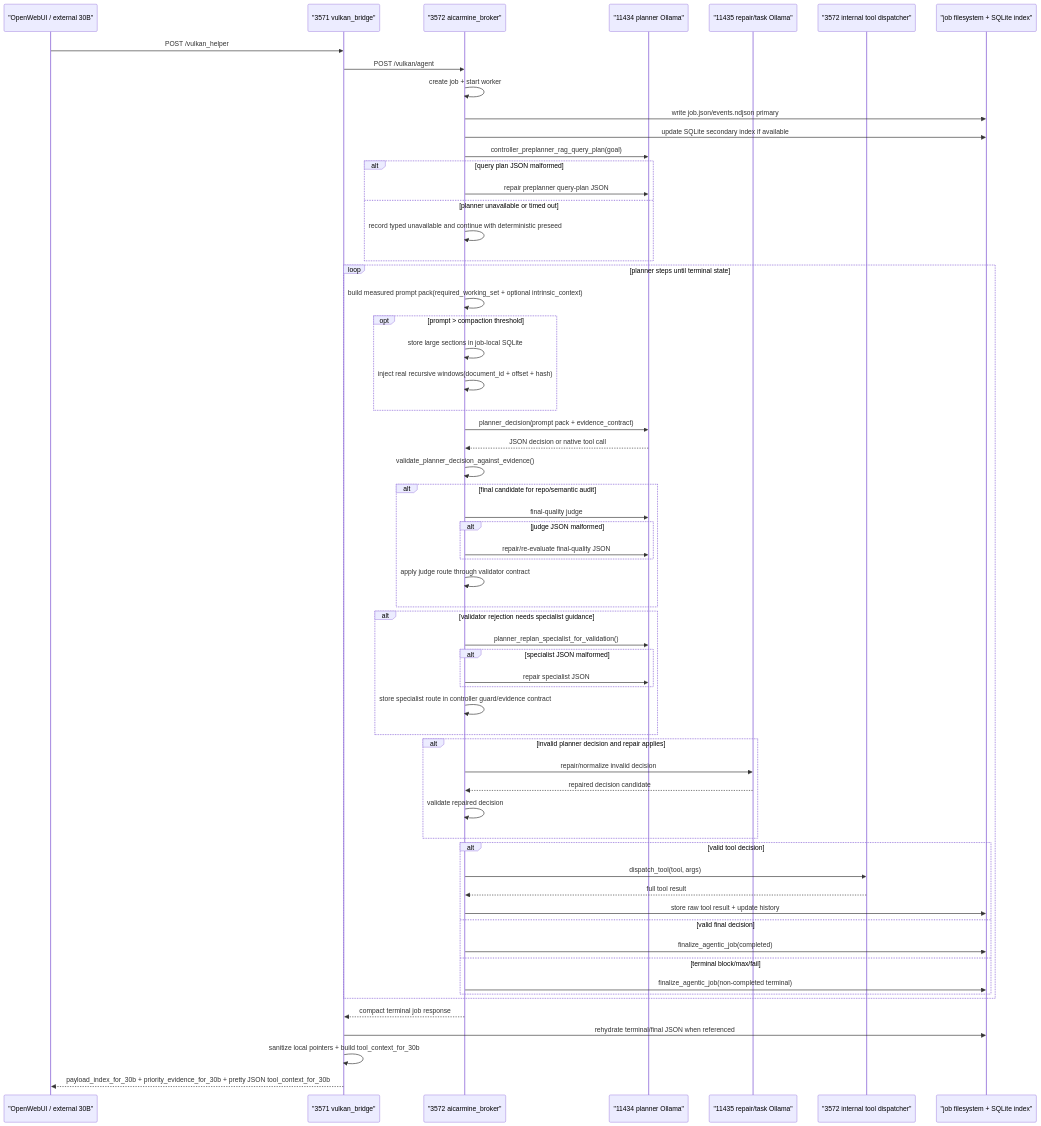
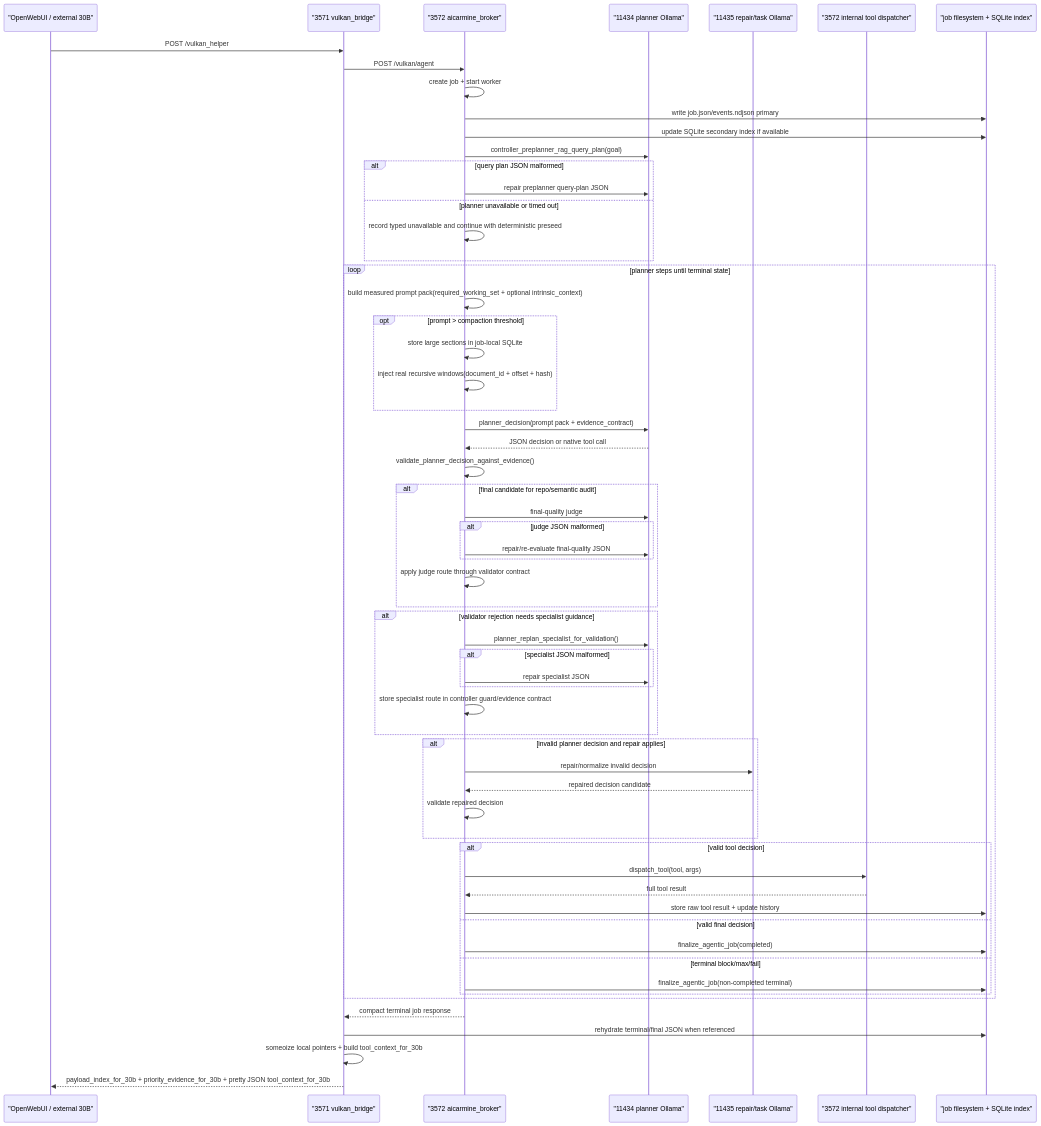
Before and after one commit to C-F-tek/agentic-tool-loop: the diagram in services/END_TO_END_AGENTIC_FLOW.md, drawn with Mermaid. The commit also changed other lines of this file and 24 other files, not shown here.

````diff
--- a/services/END_TO_END_AGENTIC_FLOW.md
+++ b/services/END_TO_END_AGENTIC_FLOW.md
@@ -27,64 +27,64 @@
 ```mermaid
 sequenceDiagram
     participant OWUI as "OpenWebUI / external 30B"
     participant B3571 as "3571 vulkan_bridge"
     participant B3572 as "3572 aicarmine_broker"
     participant P11434 as "11434 planner Ollama"
     participant R11435 as "11435 repair/task Ollama"
     participant Tools as "3572 internal tool dispatcher"
     participant Store as "job filesystem + SQLite index"
 
     OWUI->>B3571: POST /vulkan_helper
     B3571->>B3572: POST /vulkan/agent
     B3572->>B3572: create job + start worker
     B3572->>Store: write job.json/events.ndjson primary
     B3572->>Store: update SQLite secondary index if available
     B3572->>P11434: controller_preplanner_rag_query_plan(goal)
     alt query plan JSON malformed
         B3572->>P11434: repair preplanner query-plan JSON
     else planner unavailable or timed out
         B3572->>B3572: record typed unavailable and continue with deterministic preseed
     end
     loop planner steps until terminal state
         B3572->>B3572: build measured prompt pack(required_working_set + optional intrinsic_context)
         opt prompt > compaction threshold
             B3572->>B3572: store large sections in job-local SQLite
             B3572->>B3572: inject real recursive windows(document_id + offset + hash)
         end
         B3572->>P11434: planner_decision(prompt pack + evidence_contract)
         P11434-->>B3572: JSON decision or native tool call
         B3572->>B3572: validate_planner_decision_against_evidence()
         alt final candidate for repo/semantic audit
             B3572->>P11434: final-quality judge
             alt judge JSON malformed
                 B3572->>P11434: repair/re-evaluate final-quality JSON
             end
             B3572->>B3572: apply judge route through validator contract
         end
         alt validator rejection needs specialist guidance
             B3572->>P11434: planner_replan_specialist_for_validation()
             alt specialist JSON malformed
                 B3572->>P11434: repair specialist JSON
             end
             B3572->>B3572: store specialist route in controller guard/evidence contract
         end
         alt invalid planner decision and repair applies
             B3572->>R11435: repair/normalize invalid decision
             R11435-->>B3572: repaired decision candidate
             B3572->>B3572: validate repaired decision
         end
         alt valid tool decision
             B3572->>Tools: dispatch_tool(tool, args)
             Tools-->>B3572: full tool result
             B3572->>Store: store raw tool result + update history
         else valid final decision
             B3572->>Store: finalize_agentic_job(completed)
         else terminal block/max/fail
             B3572->>Store: finalize_agentic_job(non-completed terminal)
         end
     end
     B3572-->>B3571: compact terminal job response
     B3571->>Store: rehydrate terminal/final JSON when referenced
-    B3571->>B3571: sanitize local pointers + build tool_context_for_30b
+    B3571->>B3571: someoize local pointers + build tool_context_for_30b
     B3571-->>OWUI: payload_index_for_30b + priority_evidence_for_30b + pretty JSON tool_context_for_30b
 ```
````
